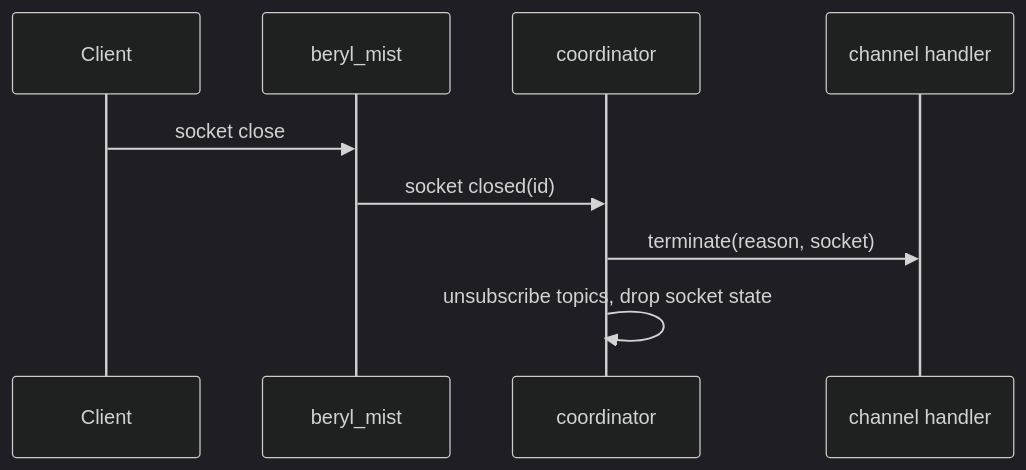
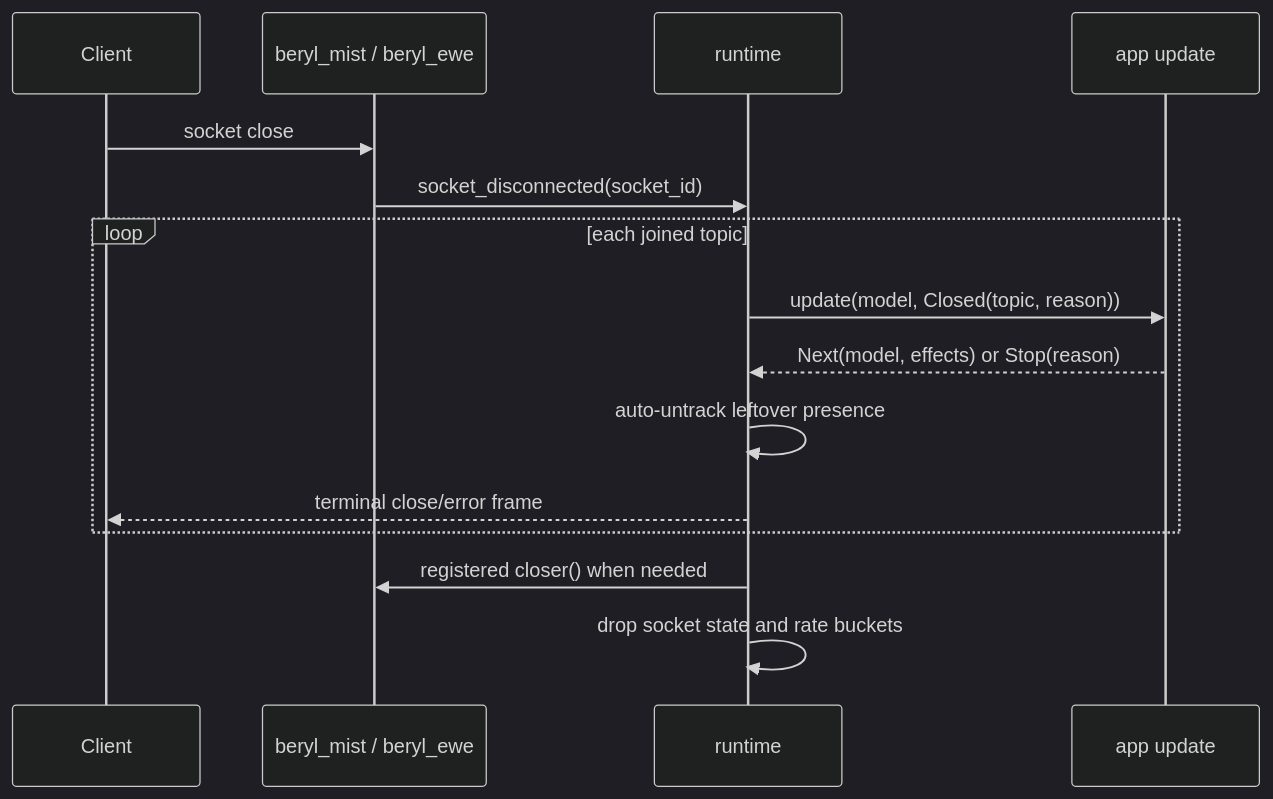
Before and after one commit to tylerbutler/beryl: the fifth of 5 diagrams in website/src/content/docs/architecture/message-lifecycle.md, drawn with Mermaid (dark theme). The commit also changed other lines of this file and 52 other files, not shown here.

````diff
--- a/website/src/content/docs/architecture/message-lifecycle.md
+++ b/website/src/content/docs/architecture/message-lifecycle.md
@@ -92,11 +99,17 @@
 ```mermaid
 sequenceDiagram
   participant Client
-  participant Mist as beryl_mist
-  participant Coord as coordinator
-  participant Ch as channel handler
-  Client->>Mist: socket close
-  Mist->>Coord: socket closed(id)
-  Coord->>Ch: terminate(reason, socket)
-  Coord->>Coord: unsubscribe topics, drop socket state
+  participant Transport as beryl_mist / beryl_ewe
+  participant Runtime as runtime
+  participant App as app update
+  Client->>Transport: socket close
+  Transport->>Runtime: socket_disconnected(socket_id)
+  loop each joined topic
+    Runtime->>App: update(model, Closed(topic, reason))
+    App-->>Runtime: Next(model, effects) or Stop(reason)
+    Runtime->>Runtime: auto-untrack leftover presence
+    Runtime-->>Client: terminal close/error frame
+  end
+  Runtime->>Transport: registered closer() when needed
+  Runtime->>Runtime: drop socket state and rate buckets
 ```
````
